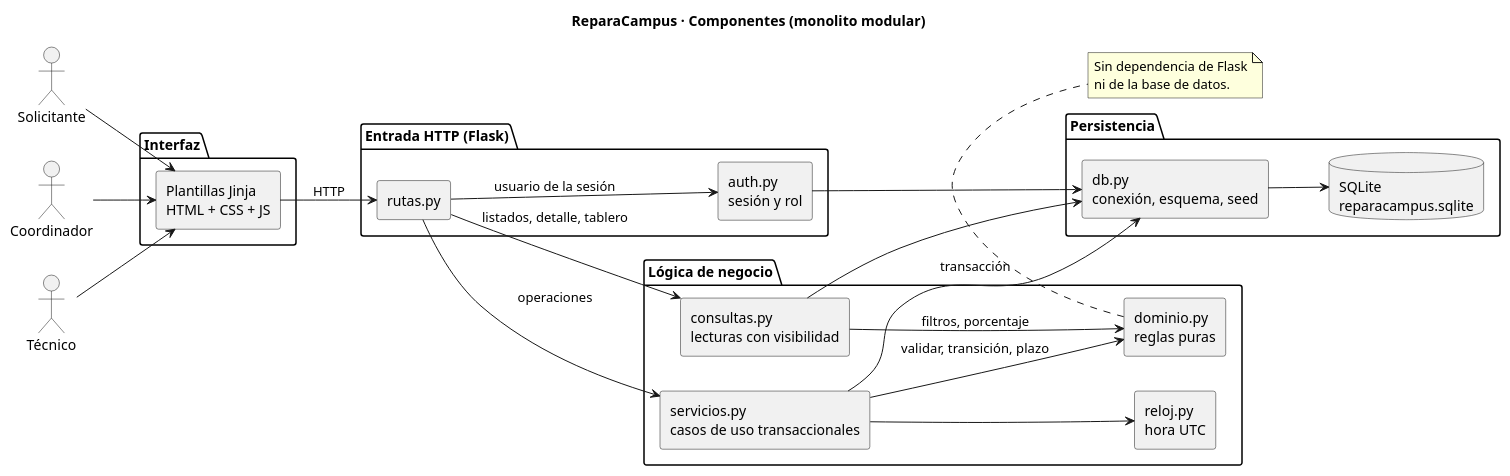
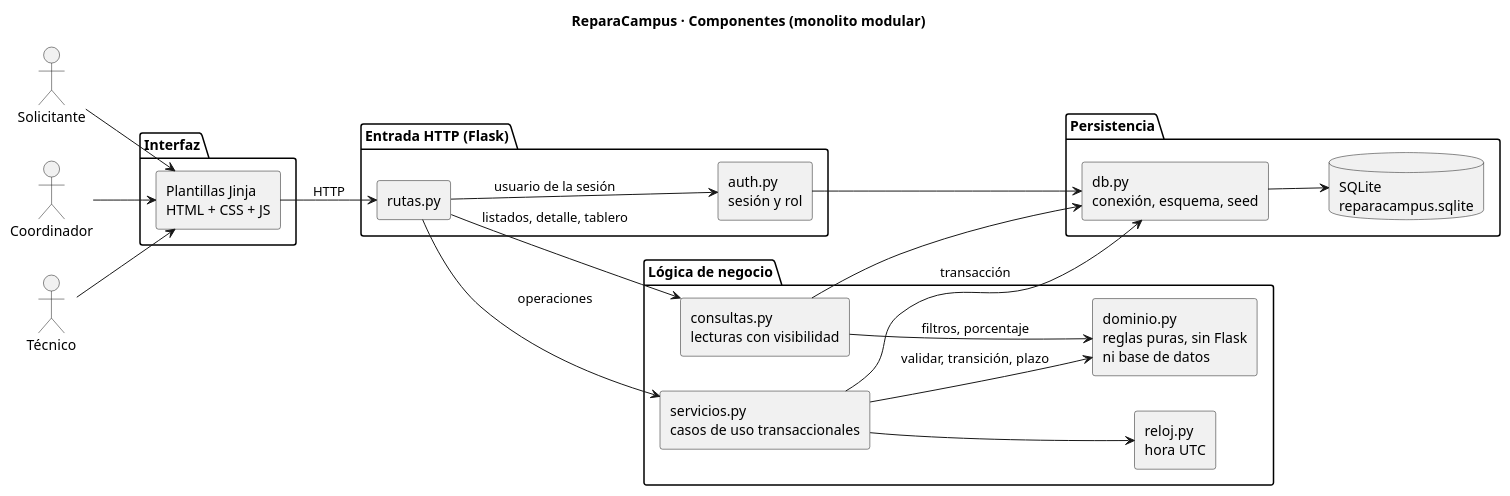
The diagram in docs/diseno/componentes.puml (LUCHOMAN0529/reparacampus), drawn with PlantUML before and after one commit. The commit also changed 11 other files, not shown here.

First line of the commit message:
docs(entrega): diagramas exportados, textos de issues y generador del documento final

```diff
--- a/docs/diseno/componentes.puml
+++ b/docs/diseno/componentes.puml
@@ -1,50 +1,45 @@
 @startuml componentes
 title ReparaCampus · Componentes (monolito modular)
 skinparam componentStyle rectangle
 left to right direction
 
 actor "Solicitante" as sol
 actor "Coordinador" as coo
 actor "Técnico" as tec
 
 package "Interfaz" {
   [Plantillas Jinja\nHTML + CSS + JS] as ui
 }
 
 package "Entrada HTTP (Flask)" {
   [rutas.py] as rutas
   [auth.py\nsesión y rol] as auth
 }
 
 package "Lógica de negocio" {
   [servicios.py\ncasos de uso transaccionales] as serv
   [consultas.py\nlecturas con visibilidad] as cons
-  [dominio.py\nreglas puras] as dom
+  [dominio.py\nreglas puras, sin Flask\nni base de datos] as dom
   [reloj.py\nhora UTC] as reloj
 }
 
 package "Persistencia" {
   [db.py\nconexión, esquema, seed] as db
   database "SQLite\nreparacampus.sqlite" as sqlite
 }
 
 sol --> ui
 coo --> ui
 tec --> ui
 ui --> rutas : HTTP
 rutas --> auth : usuario de la sesión
 rutas --> serv : operaciones
 rutas --> cons : listados, detalle, tablero
 serv --> dom : validar, transición, plazo
 cons --> dom : filtros, porcentaje
 serv --> reloj
 serv --> db : transacción
 cons --> db
 auth --> db
 db --> sqlite
-
-note bottom of dom
-  Sin dependencia de Flask
-  ni de la base de datos.
-end note
 @enduml
```
